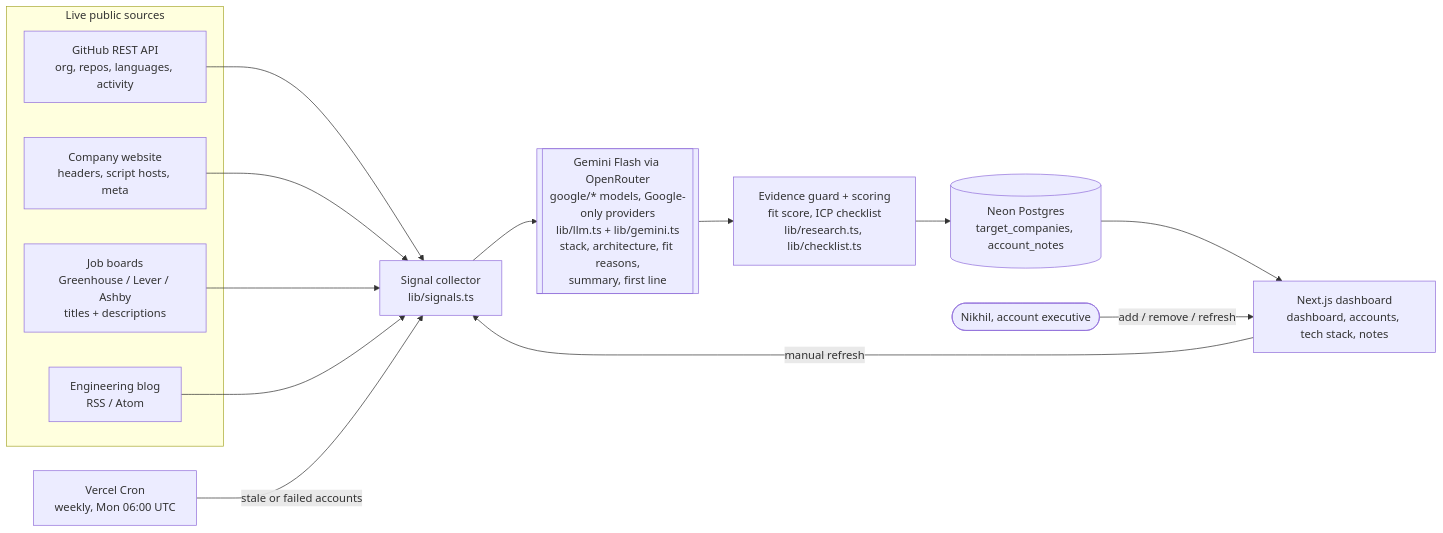
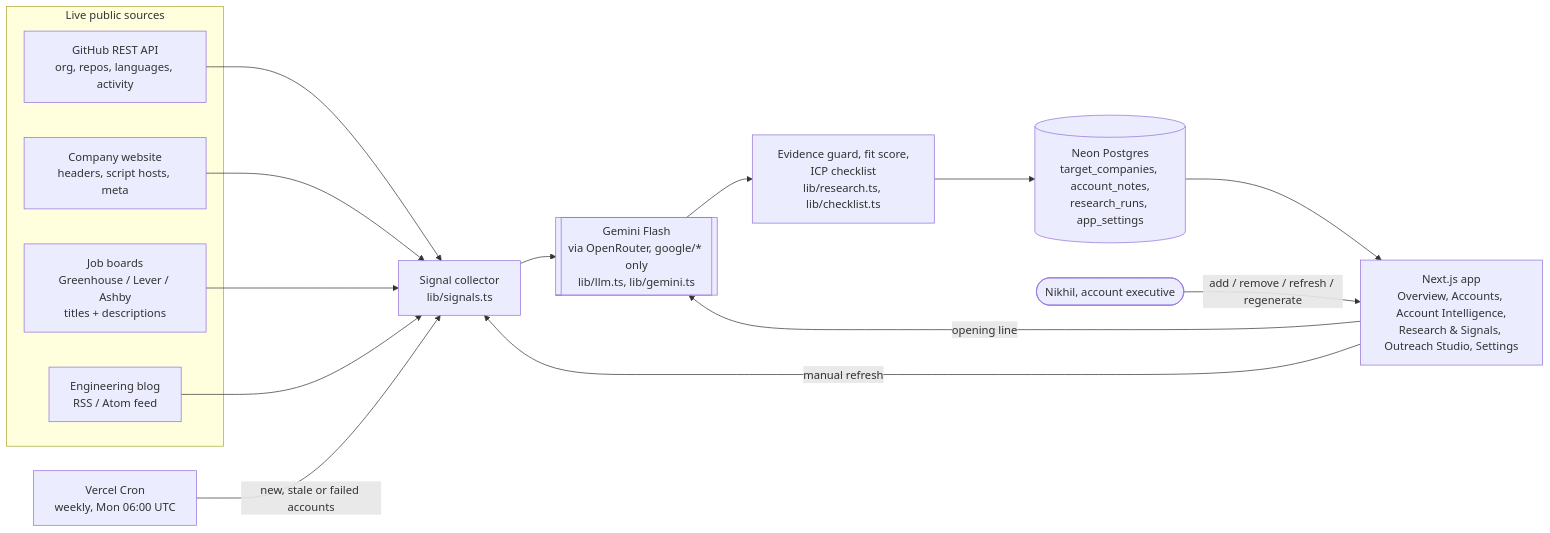
One commit to manasvinipant-cloud9/tech-stack-scout changed the diagram in docs/COMPONENTS_MAP.md. Above: the diagram before and after it, drawn with Mermaid. The commit also changed other lines of this file and 1 other file, not shown here.

````diff
--- a/docs/COMPONENTS_MAP.md
+++ b/docs/COMPONENTS_MAP.md
@@ -3,26 +9,27 @@
 ```mermaid
 flowchart LR
   subgraph Sources[Live public sources]
     GH[GitHub REST API<br/>org, repos, languages, activity]
     WEB[Company website<br/>headers, script hosts, meta]
     JOBS[Job boards<br/>Greenhouse / Lever / Ashby<br/>titles + descriptions]
-    BLOG[Engineering blog<br/>RSS / Atom]
+    BLOG[Engineering blog<br/>RSS / Atom feed]
   end
 
   CRON[Vercel Cron<br/>weekly, Mon 06:00 UTC]
   COL[Signal collector<br/>lib/signals.ts]
-  GEM[[Gemini Flash via OpenRouter<br/>google/* models, Google-only providers<br/>lib/llm.ts + lib/gemini.ts<br/>stack, architecture, fit reasons,<br/>summary, first line]]
-  GUARD[Evidence guard + scoring<br/>fit score, ICP checklist<br/>lib/research.ts, lib/checklist.ts]
-  DB[(Neon Postgres<br/>target_companies, account_notes)]
-  UI[Next.js dashboard<br/>dashboard, accounts, tech stack, notes]
+  LLM[[Gemini Flash<br/>via OpenRouter, google/* only<br/>lib/llm.ts, lib/gemini.ts]]
+  GUARD[Evidence guard, fit score,<br/>ICP checklist<br/>lib/research.ts, lib/checklist.ts]
+  DB[(Neon Postgres<br/>target_companies, account_notes,<br/>research_runs, app_settings)]
+  UI[Next.js app<br/>Overview, Accounts, Account Intelligence,<br/>Research & Signals, Outreach Studio, Settings]
   USER([Nikhil, account executive])
 
   GH --> COL
   WEB --> COL
   JOBS --> COL
   BLOG --> COL
-  CRON -->|stale or failed accounts| COL
-  COL --> GEM --> GUARD --> DB --> UI
-  USER -->|add / remove / refresh| UI
+  CRON -->|new, stale or failed accounts| COL
+  COL --> LLM --> GUARD --> DB --> UI
+  USER -->|add / remove / refresh / regenerate| UI
   UI -->|manual refresh| COL
+  UI -->|opening line| LLM
 ```
````
